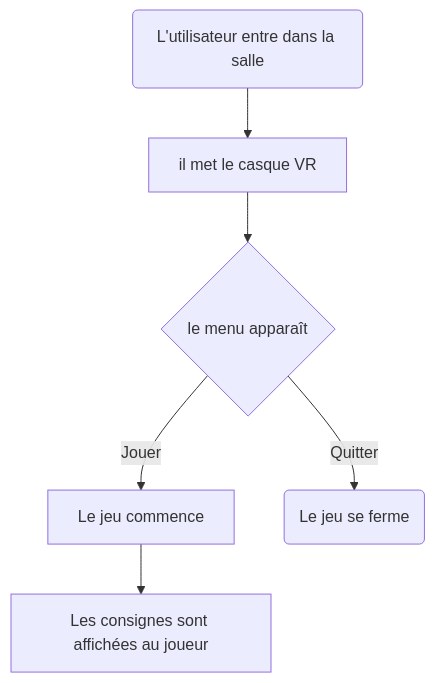
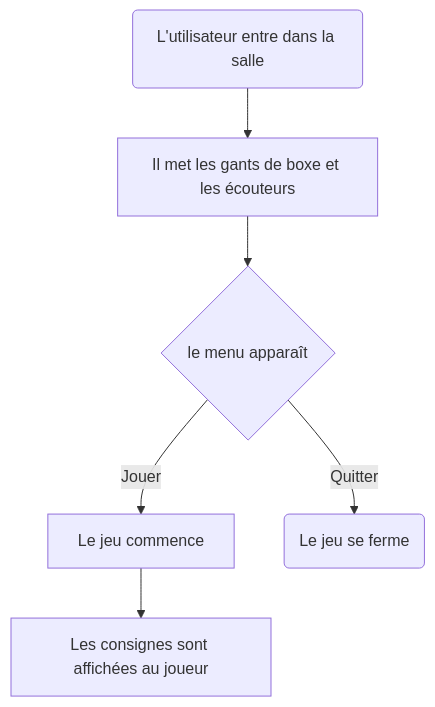
The diagram in README.md (samesthumain/sac-de-sable), drawn with Mermaid before and after one commit. The commit also changed other lines of this file, not shown here.

````diff
--- a/README.md
+++ b/README.md
@@ -19,9 +19,9 @@
 ```mermaid
 flowchart TD
-    A(L'utilisateur entre dans la salle) --> B[il met le casque VR]
+    A(L'utilisateur entre dans la salle) --> B[Il met les gants de boxe et les écouteurs]
     B --> C{le menu apparaît}
     C -->|Jouer| D[Le jeu commence]
     C -->|Quitter| E(Le jeu se ferme)
     D --> F[Les consignes sont affichées au joueur]
 
 ```
````
